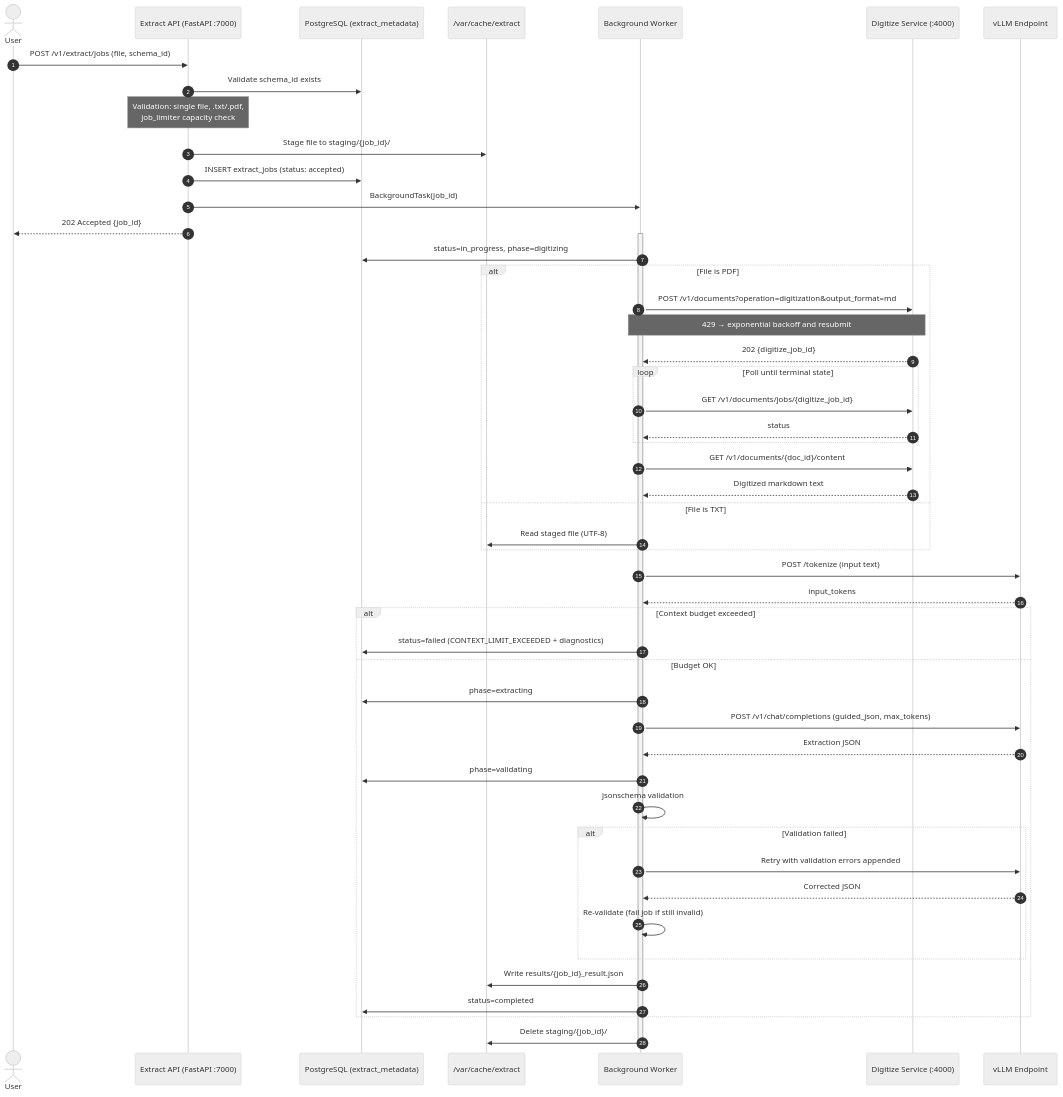
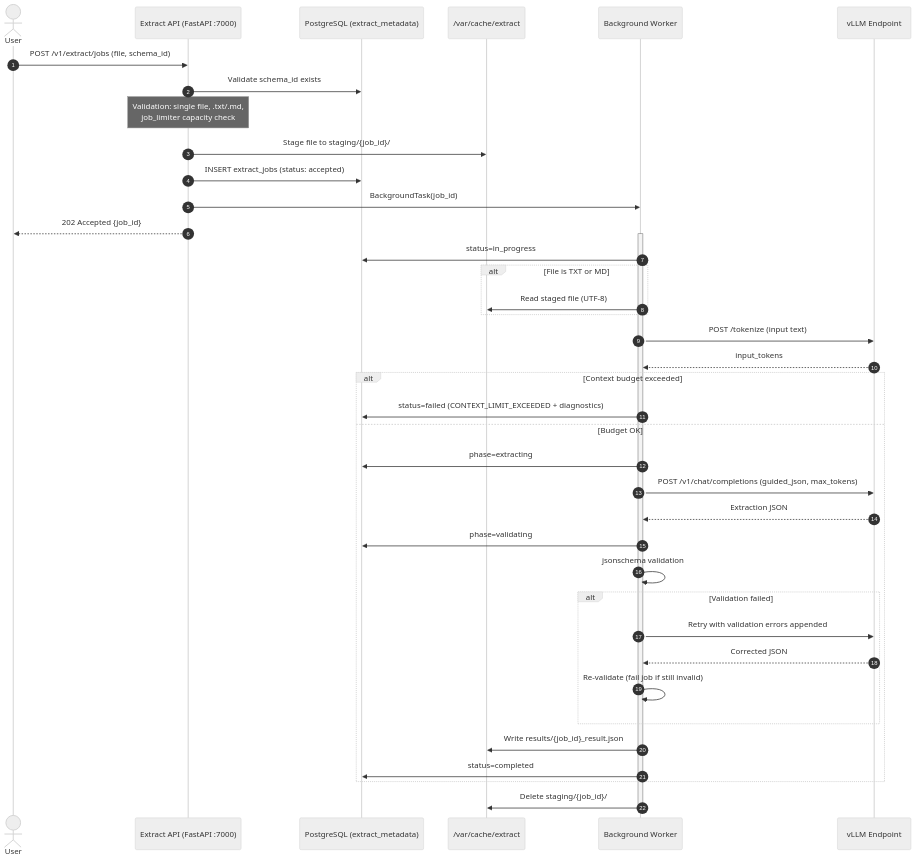
One commit to IBM/project-ai-services changed the second of 2 diagrams in docs/proposals/entity_extraction_service_proposal.md. Above: the diagram before and after it, drawn with Mermaid (neutral theme). The commit also changed other lines of this file and 405 other files, not shown here.

````diff
--- a/docs/proposals/entity_extraction_service_proposal.md
+++ b/docs/proposals/entity_extraction_service_proposal.md
@@ -886,61 +938,51 @@
 ```mermaid
 sequenceDiagram
     autonumber
     actor User
     participant API as Extract API (FastAPI :7000)
     participant PG as PostgreSQL (extract_metadata)
     participant FS as /var/cache/extract
     participant Worker as Background Worker
-    participant DIG as Digitize Service (:4000)
     participant vLLM as vLLM Endpoint
 
     User->>API: POST /v1/extract/jobs (file, schema_id)
     API->>PG: Validate schema_id exists
-    Note over API: Validation: single file, .txt/.pdf,<br/>job_limiter capacity check
+    Note over API: Validation: single file, .txt/.md,<br/>job_limiter capacity check
     API->>FS: Stage file to staging/{job_id}/
     API->>PG: INSERT extract_jobs (status: accepted)
     API->>Worker: BackgroundTask(job_id)
     API-->>User: 202 Accepted {job_id}
 
     activate Worker
-    Worker->>PG: status=in_progress, phase=digitizing
+    Worker->>PG: status=in_progress
 
-    alt File is PDF
-        Worker->>DIG: POST /v1/documents?operation=digitization&output_format=md
-        Note over Worker,DIG: 429 → exponential backoff and resubmit
-        DIG-->>Worker: 202 {digitize_job_id}
-        loop Poll until terminal state
-            Worker->>DIG: GET /v1/documents/jobs/{digitize_job_id}
-            DIG-->>Worker: status
-        end
-        Worker->>DIG: GET /v1/documents/{doc_id}/content
-        DIG-->>Worker: Digitized markdown text
-    else File is TXT
+    
+    alt File is TXT or MD
         Worker->>FS: Read staged file (UTF-8)
     end
 
     Worker->>vLLM: POST /tokenize (input text)
     vLLM-->>Worker: input_tokens
 
     alt Context budget exceeded
         Worker->>PG: status=failed (CONTEXT_LIMIT_EXCEEDED + diagnostics)
     else Budget OK
         Worker->>PG: phase=extracting
         Worker->>vLLM: POST /v1/chat/completions (guided_json, max_tokens)
         vLLM-->>Worker: Extraction JSON
         Worker->>PG: phase=validating
         Worker->>Worker: jsonschema validation
 
         alt Validation failed
             Worker->>vLLM: Retry with validation errors appended
             vLLM-->>Worker: Corrected JSON
             Worker->>Worker: Re-validate (fail job if still invalid)
         end
 
         Worker->>FS: Write results/{job_id}_result.json
         Worker->>PG: status=completed
     end
 
     Worker->>FS: Delete staging/{job_id}/
     deactivate Worker
 ```
````
